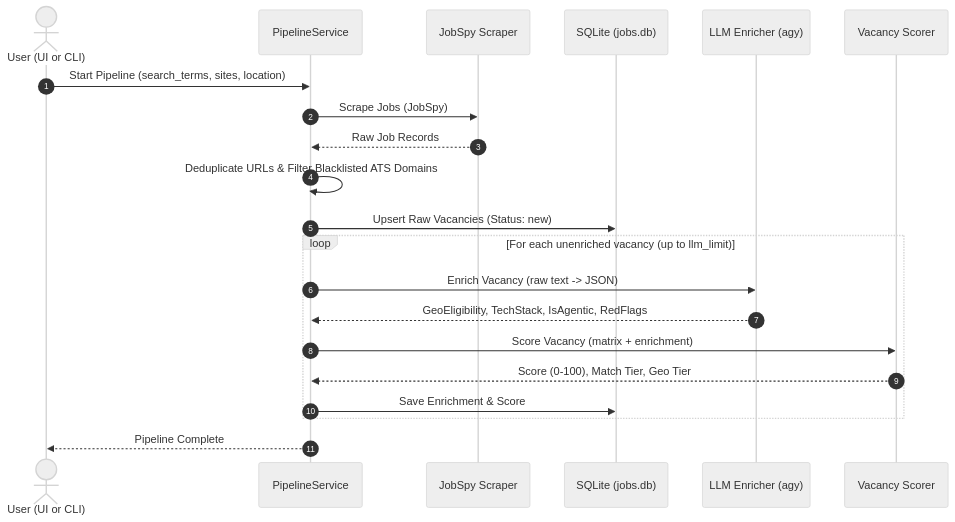
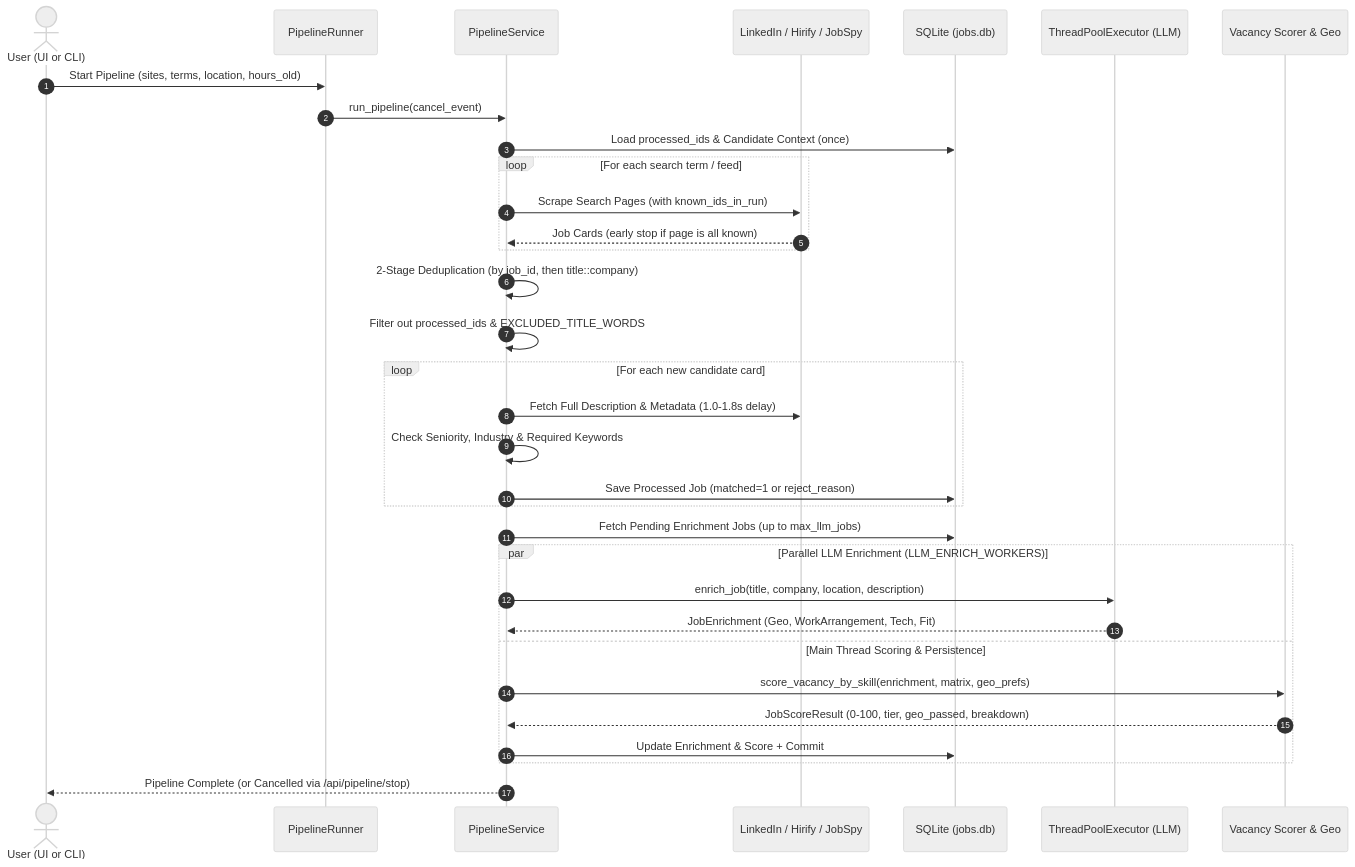
One commit to VladLerkin/job-filter changed the first of 2 diagrams in docs/design.md. Above: the diagram before and after it, drawn with Mermaid (neutral theme). The commit also changed other lines of this file and 36 other files, not shown here.

````diff
--- a/docs/design.md
+++ b/docs/design.md
@@ -155,24 +177,36 @@
 ```mermaid
 sequenceDiagram
     autonumber
     actor User as User (UI or CLI)
+    participant PR as PipelineRunner
     participant PS as PipelineService
-    participant JS as JobSpy Scraper
+    participant SC as LinkedIn / Hirify / JobSpy
     participant DB as SQLite (jobs.db)
-    participant LLM as LLM Enricher (agy)
-    participant SC as Vacancy Scorer
+    participant Pool as ThreadPoolExecutor (LLM)
+    participant Scorer as Vacancy Scorer & Geo
 
-    User->>PS: Start Pipeline (search_terms, sites, location)
-    PS->>JS: Scrape Jobs (JobSpy)
-    JS-->>PS: Raw Job Records
-    PS->>PS: Deduplicate URLs & Filter Blacklisted ATS Domains
-    PS->>DB: Upsert Raw Vacancies (Status: new)
-    loop For each unenriched vacancy (up to llm_limit)
-        PS->>LLM: Enrich Vacancy (raw text -> JSON)
-        LLM-->>PS: GeoEligibility, TechStack, IsAgentic, RedFlags
-        PS->>SC: Score Vacancy (matrix + enrichment)
-        SC-->>PS: Score (0-100), Match Tier, Geo Tier
-        PS->>DB: Save Enrichment & Score
+    User->>PR: Start Pipeline (sites, terms, location, hours_old)
+    PR->>PS: run_pipeline(cancel_event)
+    PS->>DB: Load processed_ids & Candidate Context (once)
+    loop For each search term / feed
+        PS->>SC: Scrape Search Pages (with known_ids_in_run)
+        SC-->>PS: Job Cards (early stop if page is all known)
     end
-    PS-->>User: Pipeline Complete
+    PS->>PS: 2-Stage Deduplication (by job_id, then title::company)
+    PS->>PS: Filter out processed_ids & EXCLUDED_TITLE_WORDS
+    loop For each new candidate card
+        PS->>SC: Fetch Full Description & Metadata (1.0-1.8s delay)
+        PS->>PS: Check Seniority, Industry & Required Keywords
+        PS->>DB: Save Processed Job (matched=1 or reject_reason)
+    end
+    PS->>DB: Fetch Pending Enrichment Jobs (up to max_llm_jobs)
+    par Parallel LLM Enrichment (LLM_ENRICH_WORKERS)
+        PS->>Pool: enrich_job(title, company, location, description)
+        Pool-->>PS: JobEnrichment (Geo, WorkArrangement, Tech, Fit)
+    and Main Thread Scoring & Persistence
+        PS->>Scorer: score_vacancy_by_skill(enrichment, matrix, geo_prefs)
+        Scorer-->>PS: JobScoreResult (0-100, tier, geo_passed, breakdown)
+        PS->>DB: Update Enrichment & Score + Commit
+    end
+    PS-->>User: Pipeline Complete (or Cancelled via /api/pipeline/stop)
 ```
````
